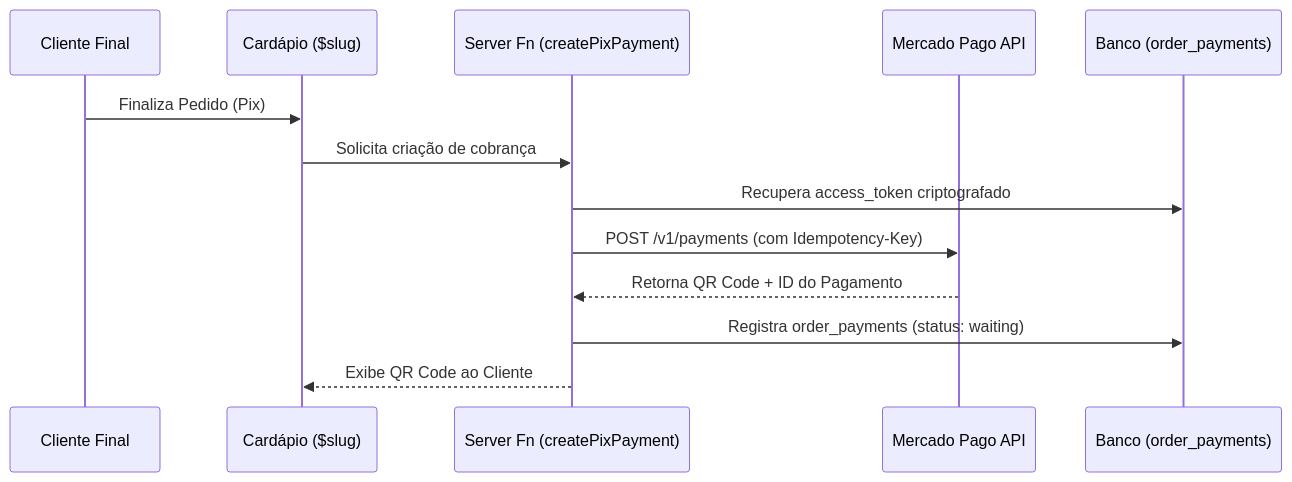
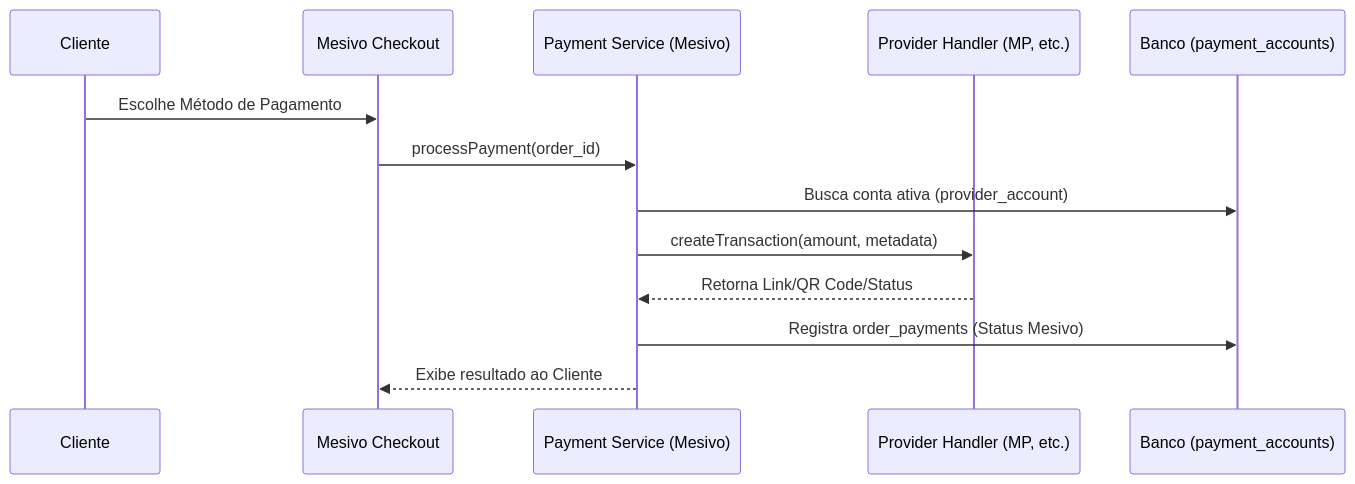
Before and after one commit to YCEMDB/jotaja-client-hub: the second of 2 diagrams in docs/PAYMENT_PROVIDER_ARCHITECTURE.md, drawn with Mermaid. The commit also changed other lines of this file and 7 other files, not shown here.

````diff
--- a/docs/PAYMENT_PROVIDER_ARCHITECTURE.md
+++ b/docs/PAYMENT_PROVIDER_ARCHITECTURE.md
@@ -36,16 +63,16 @@
 ```mermaid
 sequenceDiagram
-    participant Customer as Cliente Final
-    participant Front as Cardápio ($slug)
-    participant Back as Server Fn (createPixPayment)
-    participant MP as Mercado Pago API
-    participant DB as Banco (order_payments)
+    participant Customer as Cliente
+    participant Checkout as Mesivo Checkout
+    participant Service as Payment Service (Mesivo)
+    participant Provider as Provider Handler (MP, etc.)
+    participant DB as Banco (payment_accounts)
 
-    Customer->>Front: Finaliza Pedido (Pix)
-    Front->>Back: Solicita criação de cobrança
-    Back->>DB: Recupera access_token criptografado
-    Back->>MP: POST /v1/payments (com Idempotency-Key)
-    MP-->>Back: Retorna QR Code + ID do Pagamento
-    Back->>DB: Registra order_payments (status: waiting)
-    Back-->>Front: Exibe QR Code ao Cliente
+    Customer->>Checkout: Escolhe Método de Pagamento
+    Checkout->>Service: processPayment(order_id)
+    Service->>DB: Busca conta ativa (provider_account)
+    Service->>Provider: createTransaction(amount, metadata)
+    Provider-->>Service: Retorna Link/QR Code/Status
+    Service->>DB: Registra order_payments (Status Mesivo)
+    Service-->>Checkout: Exibe resultado ao Cliente
 ```
````
